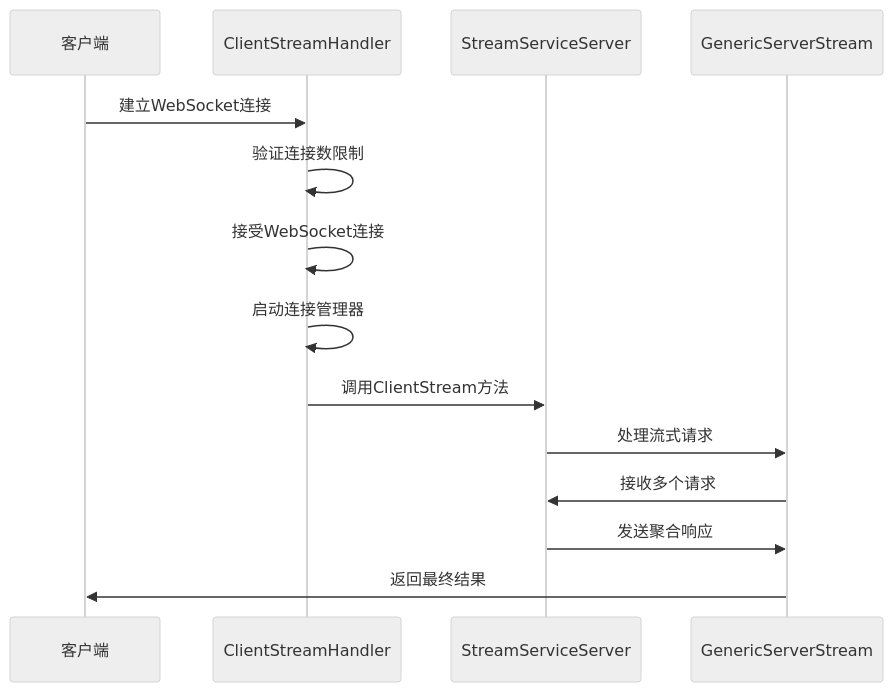
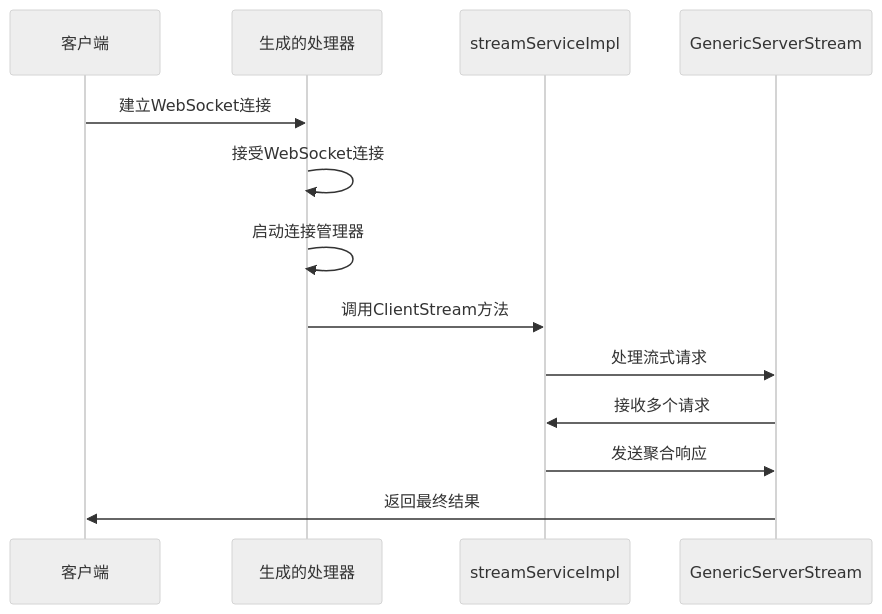
Before and after one commit to soyacen/goose: diagram 12 of 15 in .agents/repowiki/zh/content/示例和最佳实践/WebSocket流式系统.md, drawn with Mermaid (neutral theme). The commit also changed other lines of this file and 4 other files, not shown here.

````diff
--- a/.agents/repowiki/zh/content/示例和最佳实践/WebSocket流式系统.md
+++ b/.agents/repowiki/zh/content/示例和最佳实践/WebSocket流式系统.md
@@ -508,16 +461,15 @@
 ```mermaid
 sequenceDiagram
 participant Client as 客户端
-participant Handler as ClientStreamHandler
-participant Service as StreamServiceServer
+participant Handler as 生成的处理器
+participant Service as streamServiceImpl
 participant Stream as GenericServerStream
 Client->>Handler : 建立WebSocket连接
-Handler->>Handler : 验证连接数限制
 Handler->>Handler : 接受WebSocket连接
 Handler->>Handler : 启动连接管理器
 Handler->>Service : 调用ClientStream方法
 Service->>Stream : 处理流式请求
 Stream->>Service : 接收多个请求
 Service->>Stream : 发送聚合响应
 Stream->>Client : 返回最终结果
 ```
````
